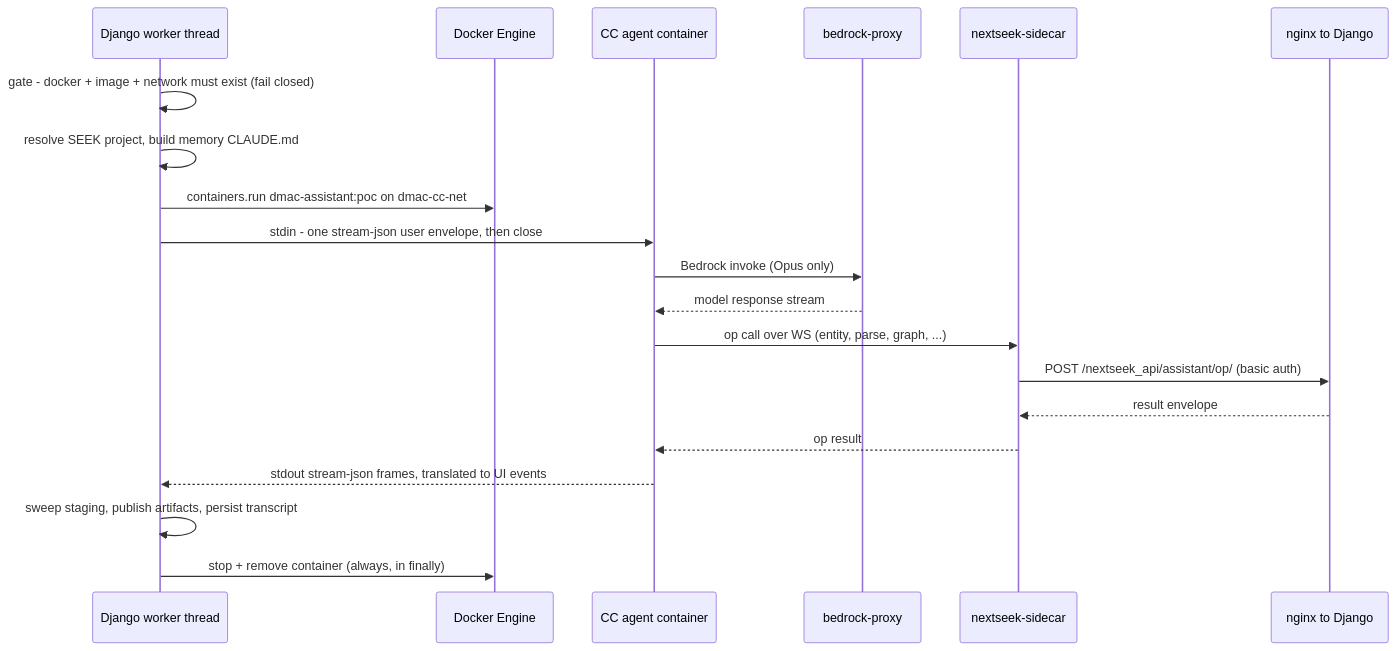
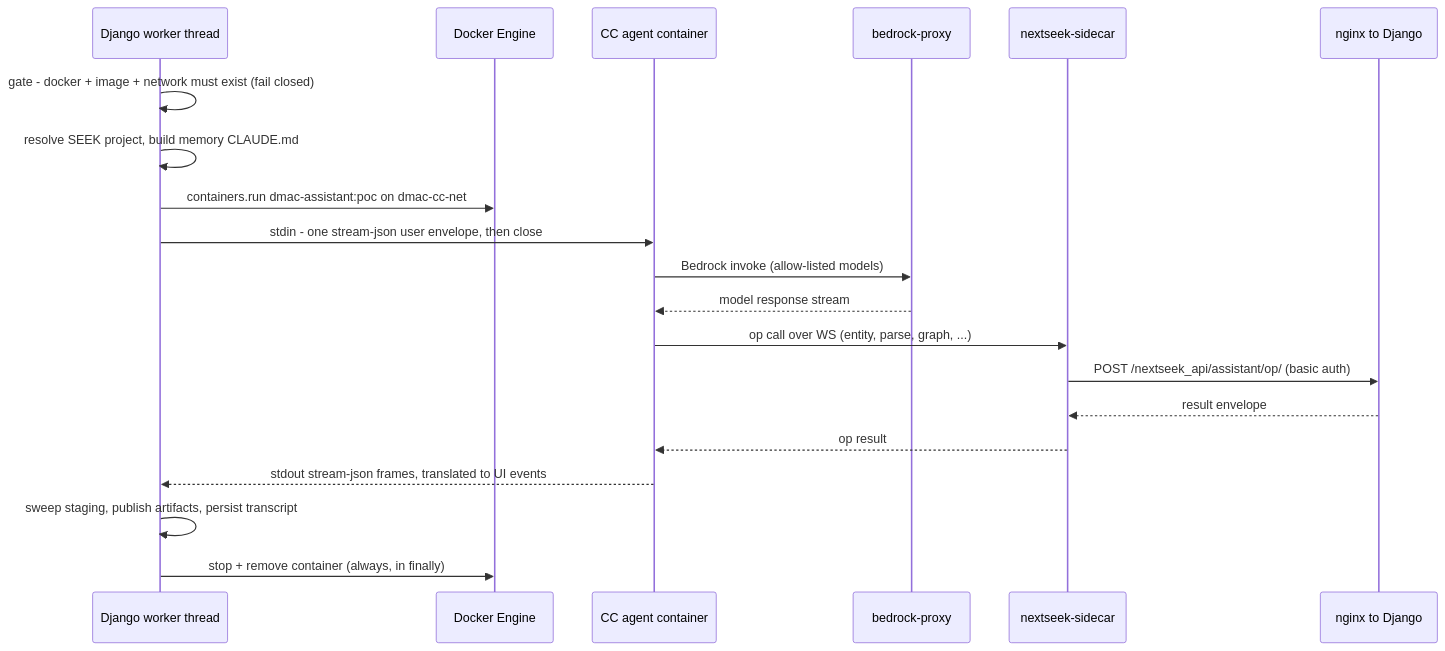
Before and after one commit to BioMicroCenter/NExtSEEK: the fourth of 4 diagrams in NessieAI/docs/architecture.md, drawn with Mermaid. The commit also changed other lines of this file and 9 other files, not shown here.

````diff
--- a/NessieAI/docs/architecture.md
+++ b/NessieAI/docs/architecture.md
@@ -146,22 +146,22 @@
 ```mermaid
 sequenceDiagram
     participant T as Django worker thread
     participant D as Docker Engine
     participant A as CC agent container
     participant P as bedrock-proxy
     participant S as nextseek-sidecar
     participant N as nginx to Django
     T->>T: gate - docker + image + network must exist (fail closed)
     T->>T: resolve SEEK project, build memory CLAUDE.md
     T->>D: containers.run dmac-assistant:poc on dmac-cc-net
     T->>A: stdin - one stream-json user envelope, then close
-    A->>P: Bedrock invoke (Opus only)
+    A->>P: Bedrock invoke (allow-listed models)
     P-->>A: model response stream
     A->>S: op call over WS (entity, parse, graph, ...)
     S->>N: POST /nextseek_api/assistant/op/ (basic auth)
     N-->>S: result envelope
     S-->>A: op result
     A-->>T: stdout stream-json frames, translated to UI events
     T->>T: sweep staging, publish artifacts, persist transcript
     T->>D: stop + remove container (always, in finally)
 ```
````
